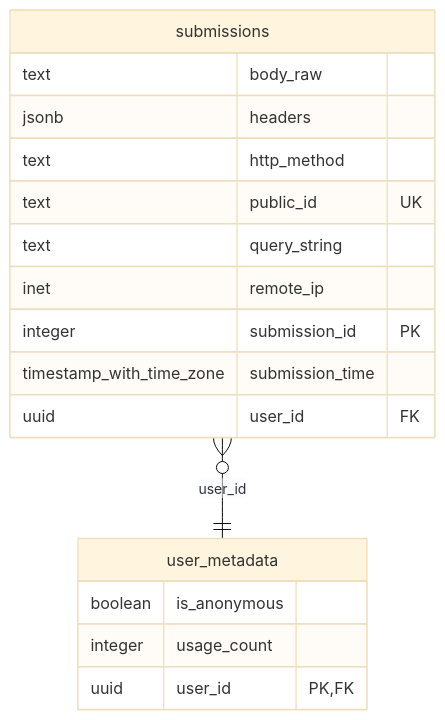
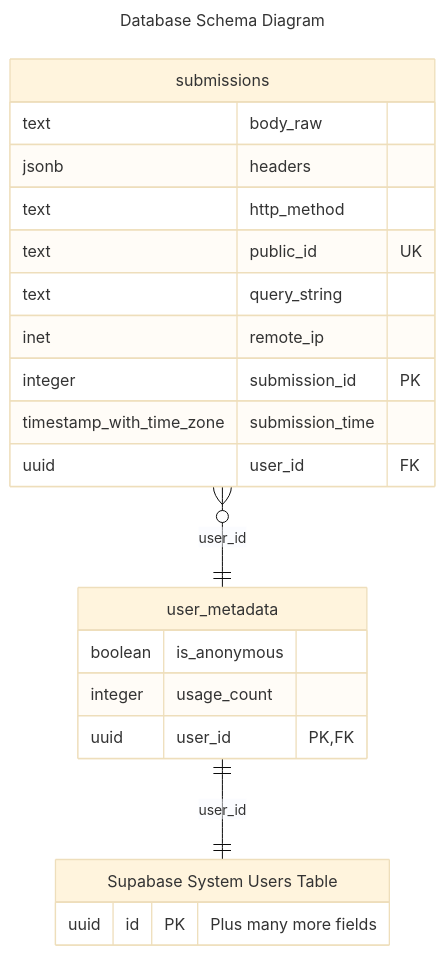
The diagram in __design__/db_schema_diagram.mmd (khera/webhookthing), drawn with Mermaid (base theme) before and after one commit. The commit also changed 2 other files, not shown here.

Commit message:
Update generated DB schema formatting

```diff
--- a/__design__/db_schema_diagram.mmd
+++ b/__design__/db_schema_diagram.mmd
@@ -1,20 +1,30 @@
+---
+title: Database Schema Diagram
+---
+
 erDiagram
     submissions {
         text body_raw 
         jsonb headers 
         text http_method 
         text public_id UK 
         text query_string 
         inet remote_ip 
         integer submission_id PK 
         timestamp_with_time_zone submission_time 
         uuid user_id FK 
     }
 
     user_metadata {
         boolean is_anonymous 
         integer usage_count 
         uuid user_id PK,FK 
     }
 
     submissions }o--|| user_metadata : "user_id"
+
+    au["Supabase System Users Table"] {
+        uuid id PK "Plus many more fields"
+    }
+
+    user_metadata ||--|| au : "user_id"
```
